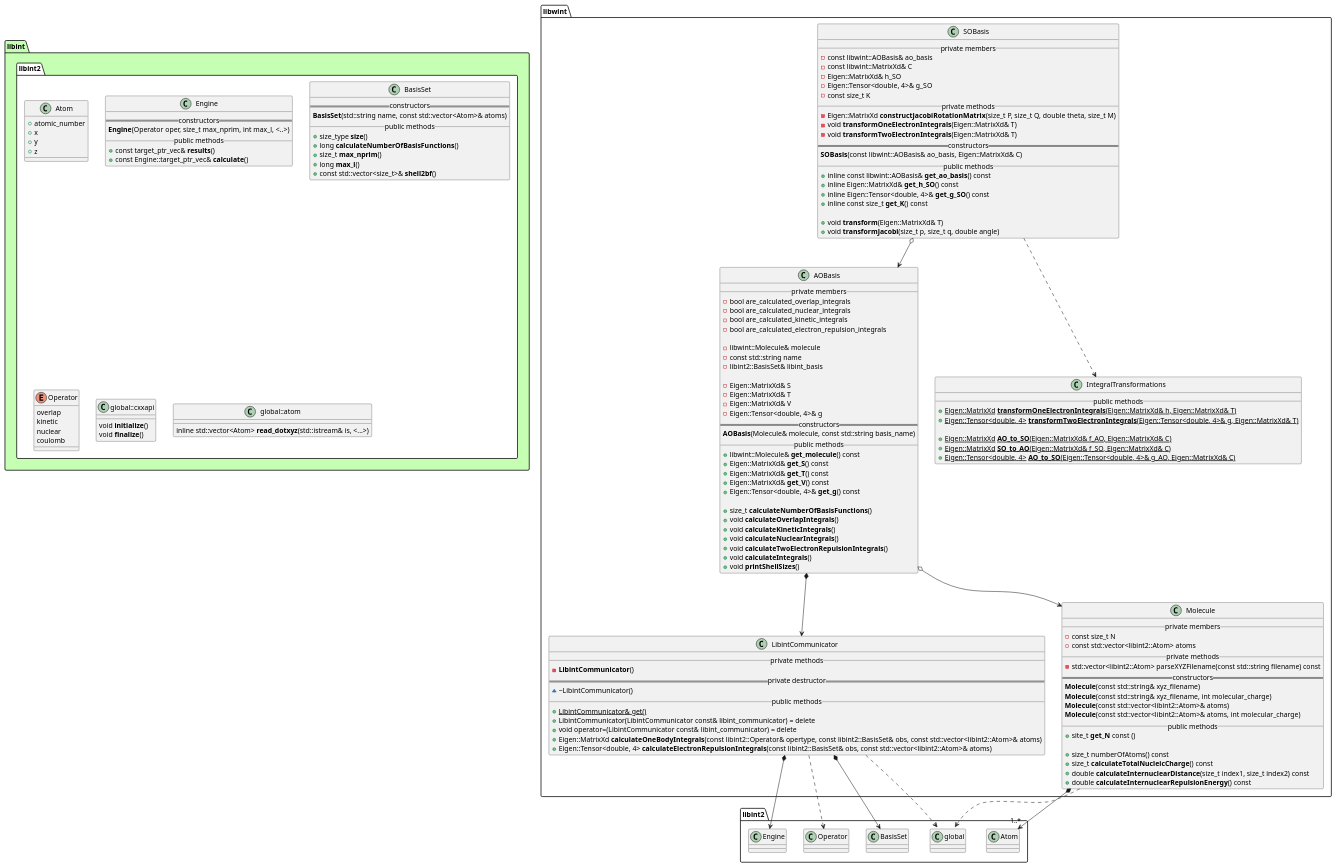
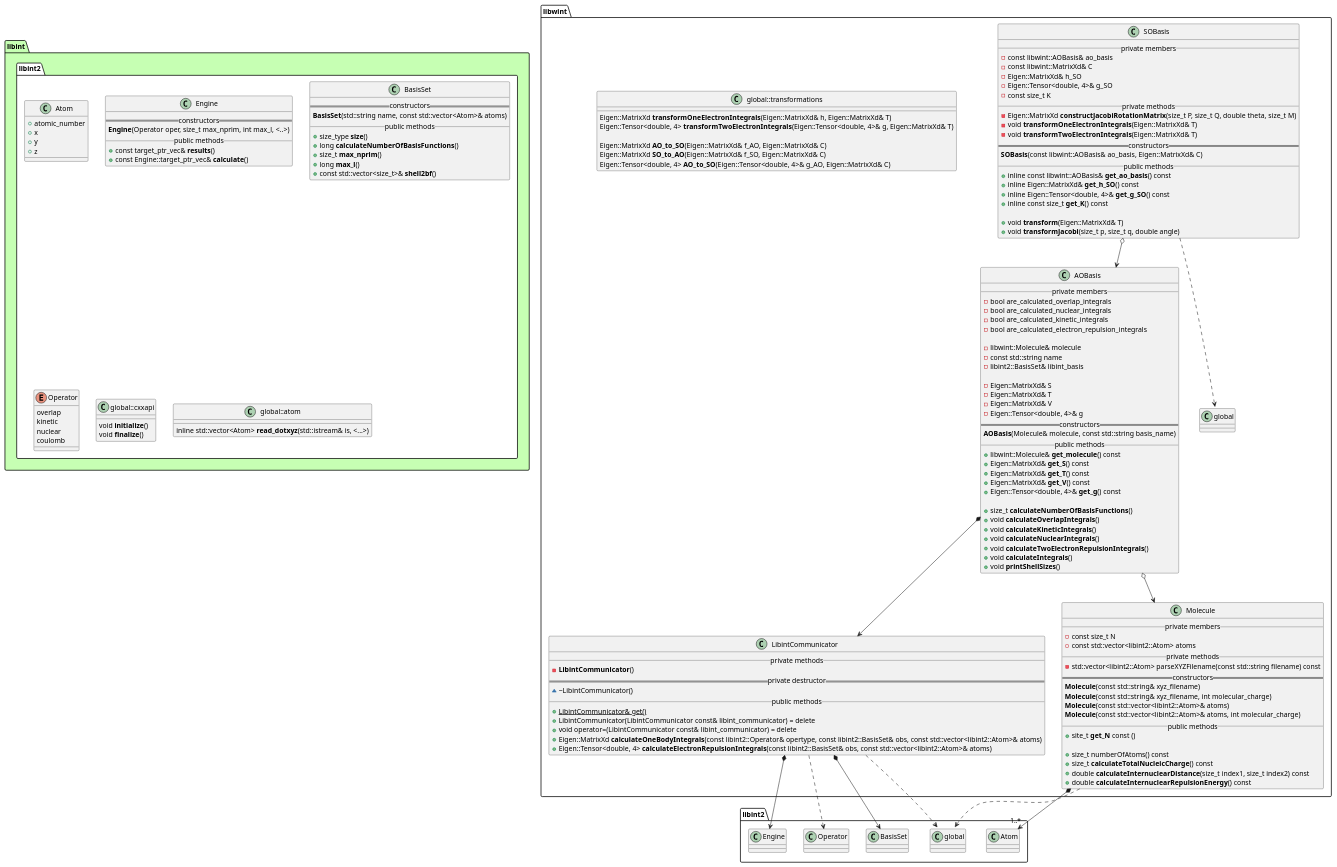
The diagram in docs/libwint.puml (tmhuysen/libwint), drawn with PlantUML before and after one commit. The commit also changed 3 other files, not shown here.

```diff
--- a/docs/libwint.puml
+++ b/docs/libwint.puml
@@ -1,178 +1,177 @@
 @startuml
 
 
 
 package libint #c6ffb3 {
     namespace libint2 #ffffff {
         class Atom {
             + atomic_number
             + x
             + y
             + z
         }
 
         class Engine {
             == constructors ==
                 **Engine**(Operator oper, size_t max_nprim, int max_l, <..>)
             __ public methods __
                 + const target_ptr_vec& **results**()
                 + const Engine::target_ptr_vec& **calculate**()
         }
 
         class BasisSet {
             == constructors ==
                 **BasisSet**(std::string name, const std::vector<Atom>& atoms)
             __ public methods __
                 + size_type **size**()
                 + long **calculateNumberOfBasisFunctions**()
                 + size_t **max_nprim**()
                 + long **max_l**()
                 + const std::vector<size_t>& **shell2bf**()
         }
 
         enum Operator {
             overlap
             kinetic
             nuclear
             coulomb
         }
 
         class global::cxxapi {
                 void **initialize**()
                 void **finalize**()
         }
 
         class global::atom {
             inline std::vector<Atom> **read_dotxyz**(std::istream& is, <...>)
         }
     }
 }
 
 
 
 
 namespace libwint {
 
     class AOBasis {
         __ private members __
             - bool are_calculated_overlap_integrals
             - bool are_calculated_nuclear_integrals
             - bool are_calculated_kinetic_integrals
             - bool are_calculated_electron_repulsion_integrals
 
             - libwint::Molecule& molecule
             - const std::string name
             - libint2::BasisSet& libint_basis
 
             - Eigen::MatrixXd& S
             - Eigen::MatrixXd& T
             - Eigen::MatrixXd& V
             - Eigen::Tensor<double, 4>& g
         == constructors ==
             **AOBasis**(Molecule& molecule, const std::string basis_name)
         __ public methods __
             + libwint::Molecule& **get_molecule**() const
             + Eigen::MatrixXd& **get_S**() const
             + Eigen::MatrixXd& **get_T**() const
             + Eigen::MatrixXd& **get_V**() const
             + Eigen::Tensor<double, 4>& **get_g**() const
 
             + size_t **calculateNumberOfBasisFunctions**()
             + void **calculateOverlapIntegrals**()
             + void **calculateKineticIntegrals**()
             + void **calculateNuclearIntegrals**()
             + void **calculateTwoElectronRepulsionIntegrals**()
             + void **calculateIntegrals**()
             + void **printShellSizes**()
     }
 
 
     class SOBasis {
         __ private members __
             - const libwint::AOBasis& ao_basis
             - const libwint::MatrixXd& C
             - Eigen::MatrixXd& h_SO
             - Eigen::Tensor<double, 4>& g_SO
             - const size_t K
         __ private methods __
             - Eigen::MatrixXd **constructJacobiRotationMatrix**(size_t P, size_t Q, double theta, size_t M)
             - void **transformOneElectronIntegrals**(Eigen::MatrixXd& T)
             - void **transformTwoElectronIntegrals**(Eigen::MatrixXd& T)
         == constructors ==
             **SOBasis**(const libwint::AOBasis& ao_basis, Eigen::MatrixXd& C)
         __ public methods __
             + inline const libwint::AOBasis& **get_ao_basis**() const
             + inline Eigen::MatrixXd& **get_h_SO**() const
             + inline Eigen::Tensor<double, 4>& **get_g_SO**() const
             + inline const size_t **get_K**() const
 
             + void **transform**(Eigen::MatrixXd& T)
             + void **transformJacobi**(size_t p, size_t q, double angle)
     }
 
 
-    class IntegralTransformations {
-        __ public methods __
-            + {static} Eigen::MatrixXd **transformOneElectronIntegrals**(Eigen::MatrixXd& h, Eigen::MatrixXd& T)
-            + {static} Eigen::Tensor<double, 4> **transformTwoElectronIntegrals**(Eigen::Tensor<double, 4>& g, Eigen::MatrixXd& T)
+    class global::transformations {
+            Eigen::MatrixXd **transformOneElectronIntegrals**(Eigen::MatrixXd& h, Eigen::MatrixXd& T)
+            Eigen::Tensor<double, 4> **transformTwoElectronIntegrals**(Eigen::Tensor<double, 4>& g, Eigen::MatrixXd& T)
 
-            + {static} Eigen::MatrixXd **AO_to_SO**(Eigen::MatrixXd& f_AO, Eigen::MatrixXd& C)
-            + {static} Eigen::MatrixXd **SO_to_AO**(Eigen::MatrixXd& f_SO, Eigen::MatrixXd& C)
-            + {static} Eigen::Tensor<double, 4> **AO_to_SO**(Eigen::Tensor<double, 4>& g_AO, Eigen::MatrixXd& C)
+            Eigen::MatrixXd **AO_to_SO**(Eigen::MatrixXd& f_AO, Eigen::MatrixXd& C)
+            Eigen::MatrixXd **SO_to_AO**(Eigen::MatrixXd& f_SO, Eigen::MatrixXd& C)
+            Eigen::Tensor<double, 4> **AO_to_SO**(Eigen::Tensor<double, 4>& g_AO, Eigen::MatrixXd& C)
     }
 
 
     class LibintCommunicator {
         __ private methods __
             - **LibintCommunicator**()
         == private destructor ==
             ~ ~LibintCommunicator()
         __ public methods __
             + {static} LibintCommunicator& get()
             + LibintCommunicator(LibintCommunicator const& libint_communicator) = delete
             + void operator=(LibintCommunicator const& libint_communicator) = delete
             + Eigen::MatrixXd **calculateOneBodyIntegrals**(const libint2::Operator& opertype, const libint2::BasisSet& obs, const std::vector<libint2::Atom>& atoms)
             + Eigen::Tensor<double, 4> **calculateElectronRepulsionIntegrals**(const libint2::BasisSet& obs, const std::vector<libint2::Atom>& atoms)
     }
 
 
     class Molecule {
         __ private members __
             - const size_t N
             - const std::vector<libint2::Atom> atoms
         __ private methods __
             - std::vector<libint2::Atom> parseXYZFilename(const std::string filename) const
         == constructors ==
             **Molecule**(const std::string& xyz_filename)
             **Molecule**(const std::string& xyz_filename, int molecular_charge)
             **Molecule**(const std::vector<libint2::Atom>& atoms)
             **Molecule**(const std::vector<libint2::Atom>& atoms, int molecular_charge)
         __ public methods __
             + site_t **get_N** const ()
 
             + size_t numberOfAtoms() const
             + size_t **calculateTotalNucleicCharge**() const
             + double **calculateInternuclearDistance**(size_t index1, size_t index2) const
             + double **calculateInternuclearRepulsionEnergy**() const
     }
 
 }
 
 
 
 libwint.AOBasis o--> libwint.Molecule
 libwint.AOBasis *--> libwint.LibintCommunicator
 
 libwint.LibintCommunicator *--> libint2.BasisSet
 libwint.LibintCommunicator ..> libint2.Operator
 libwint.LibintCommunicator *--> libint2.Engine
 libwint.LibintCommunicator ..> libint2.global::cxxapi
 
 libwint.Molecule *--> "1..*" libint2.Atom
 libwint.Molecule ..> libint2.global::atom
 
-libwint.SOBasis ..> libwint.IntegralTransformations
+libwint.SOBasis ..> libwint.global::transformations
 libwint.SOBasis o--> libwint.AOBasis
 
 
 @enduml
```
